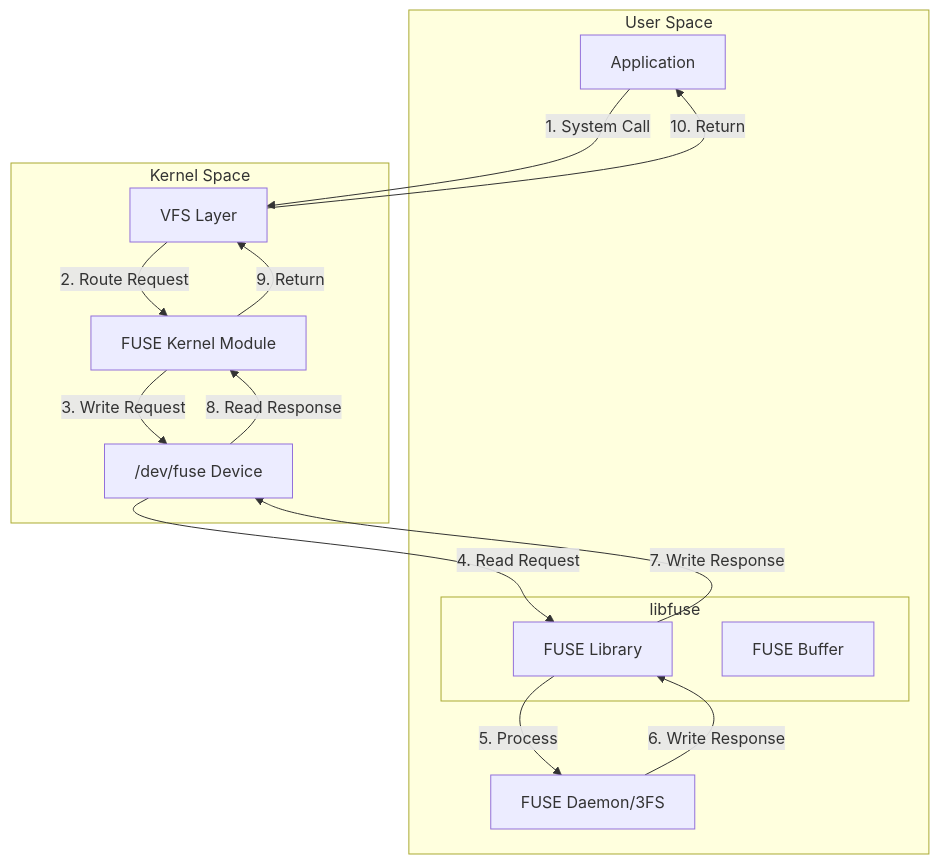
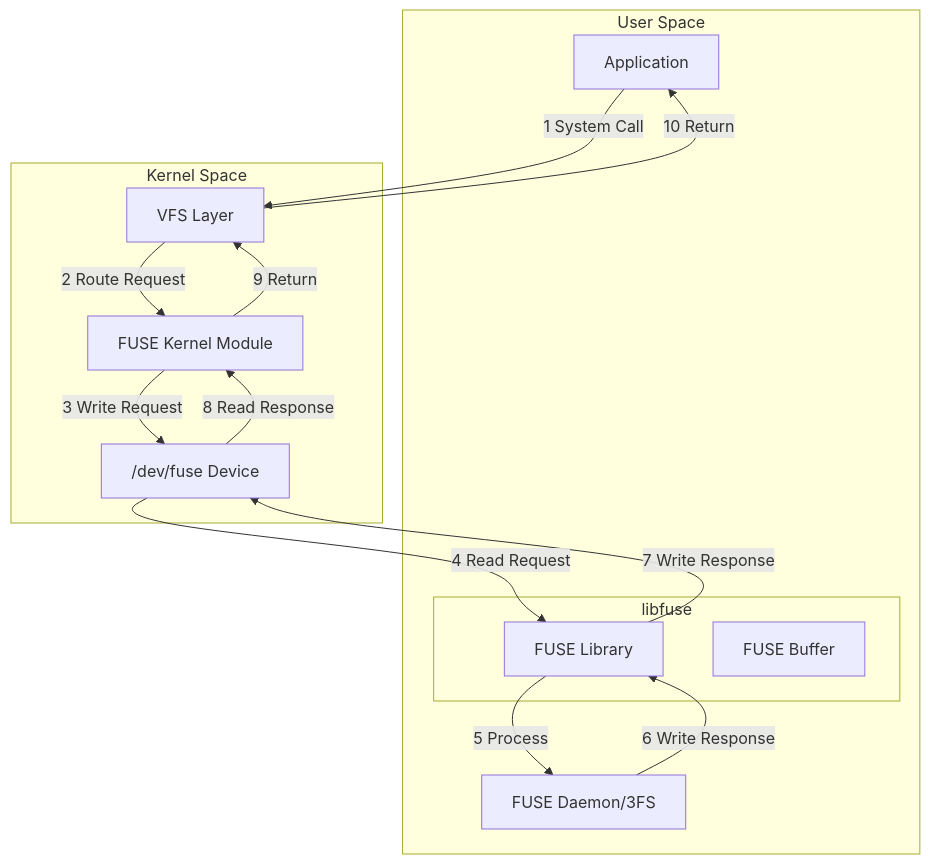
Before and after one commit to niwhsa/Diagrams: the diagram in FUSE_Kernel-Userspace.md, drawn with Mermaid.

Commit message:
Update FUSE_Kernel-Userspace.md
Fix rendering issue with period

````diff
--- a/FUSE_Kernel-Userspace.md
+++ b/FUSE_Kernel-Userspace.md
@@ -1,28 +1,28 @@
 ```mermaid
 graph TD
     subgraph "User Space"
         App[Application]
         FD[FUSE Daemon/3FS]
         subgraph "libfuse"
             FLib[FUSE Library]
             FBuf[FUSE Buffer]
         end
     end
 
     subgraph "Kernel Space"
         VFS[VFS Layer]
         FK[FUSE Kernel Module]
         Dev["/dev/fuse" Device]
     end
 
-    App -->|1. System Call| VFS
-    VFS -->|2. Route Request| FK
-    FK -->|3. Write Request| Dev
-    Dev -->|4. Read Request| FLib
-    FLib -->|5. Process| FD
-    FD -->|6. Write Response| FLib
-    FLib -->|7. Write Response| Dev
-    Dev -->|8. Read Response| FK
-    FK -->|9. Return| VFS
-    VFS -->|10. Return| App
+    App -->|1 System Call| VFS
+    VFS -->|2 Route Request| FK
+    FK -->|3 Write Request| Dev
+    Dev -->|4 Read Request| FLib
+    FLib -->|5 Process| FD
+    FD -->|6 Write Response| FLib
+    FLib -->|7 Write Response| Dev
+    Dev -->|8 Read Response| FK
+    FK -->|9 Return| VFS
+    VFS -->|10 Return| App
 ```
````
